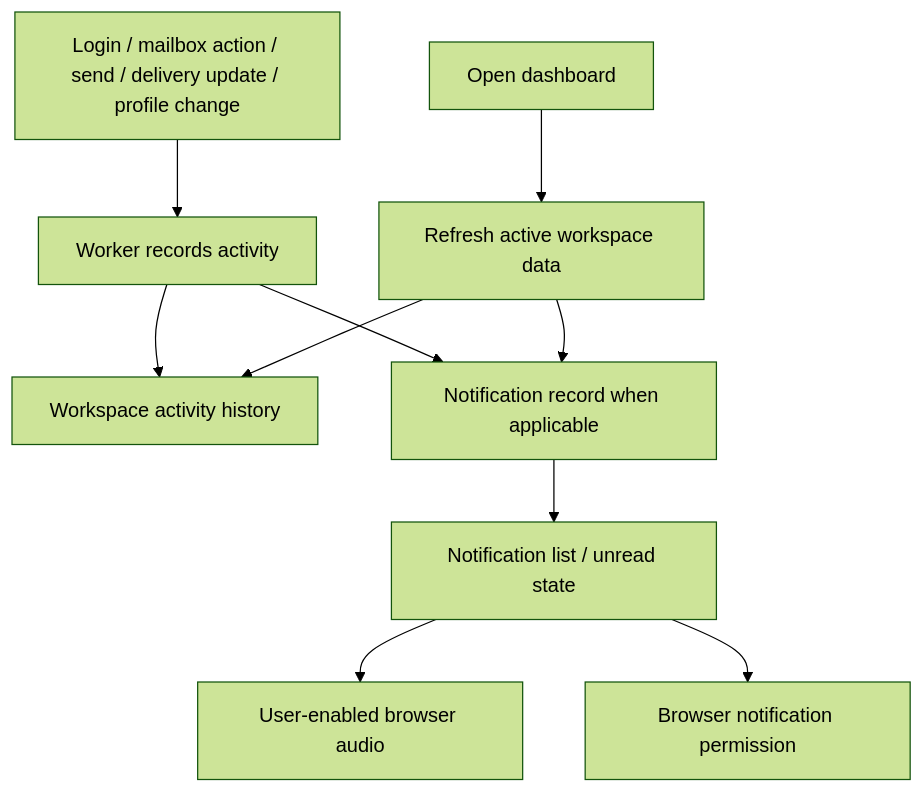
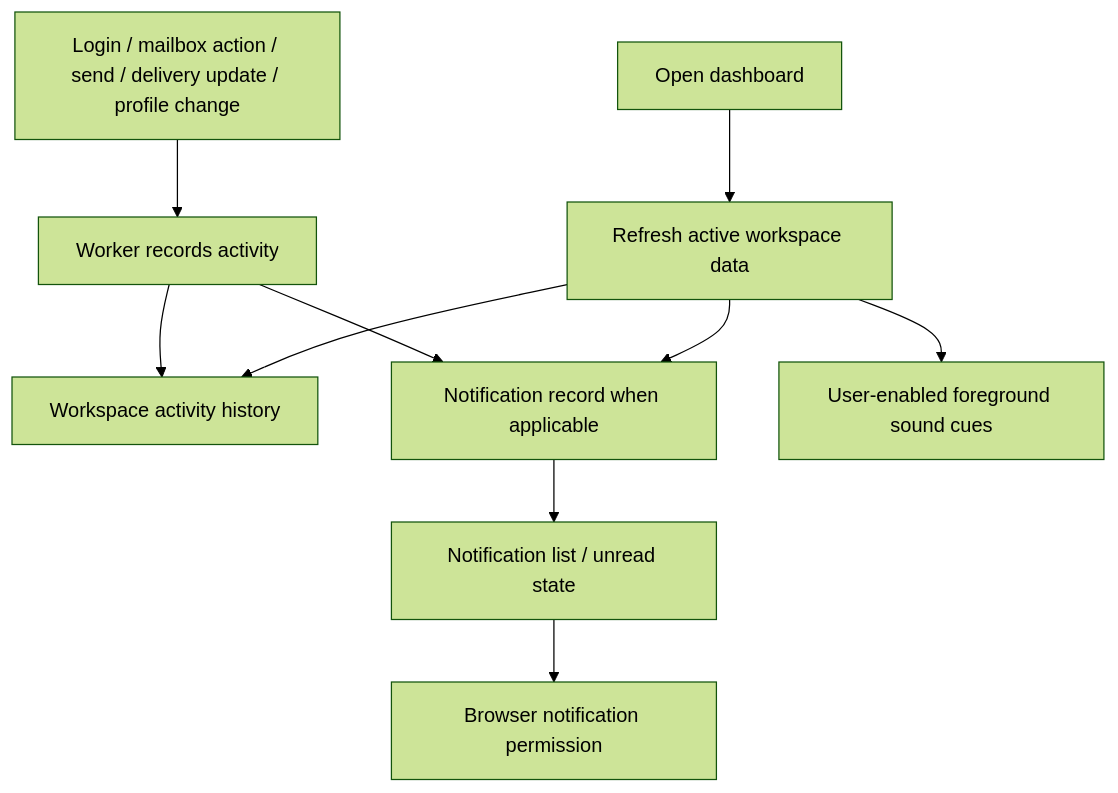
Before and after one commit to DevJel/LeadMASTER: the diagram in docs/features/10-activity-notifications.md, drawn with Mermaid (forest theme). The commit also changed other lines of this file and 11 other files, not shown here.

```diff
--- a/docs/features/10-activity-notifications.md
+++ b/docs/features/10-activity-notifications.md
@@ -7,12 +7,12 @@
 ~~~mermaid
 flowchart TD
   Action[Login / mailbox action / send / delivery update / profile change] --> Event[Worker records activity]
   Event --> ActivityDB[Workspace activity history]
   Event --> NotificationDB[Notification record when applicable]
   Dashboard[Open dashboard] --> Poll[Refresh active workspace data]
   Poll --> ActivityDB
   Poll --> NotificationDB
   NotificationDB --> UI[Notification list / unread state]
-  UI --> Sound[User-enabled browser audio]
+  Poll --> Sound[User-enabled foreground sound cues]
   UI --> Device[Browser notification permission]
 ~~~
```
